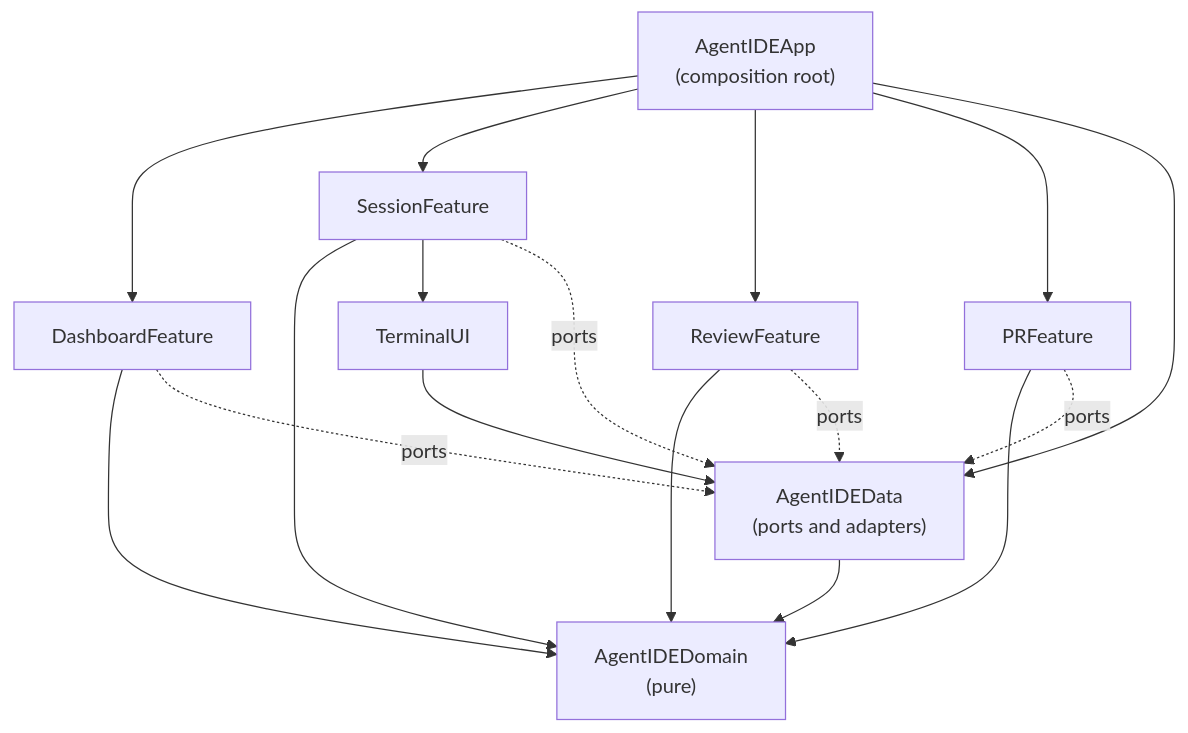
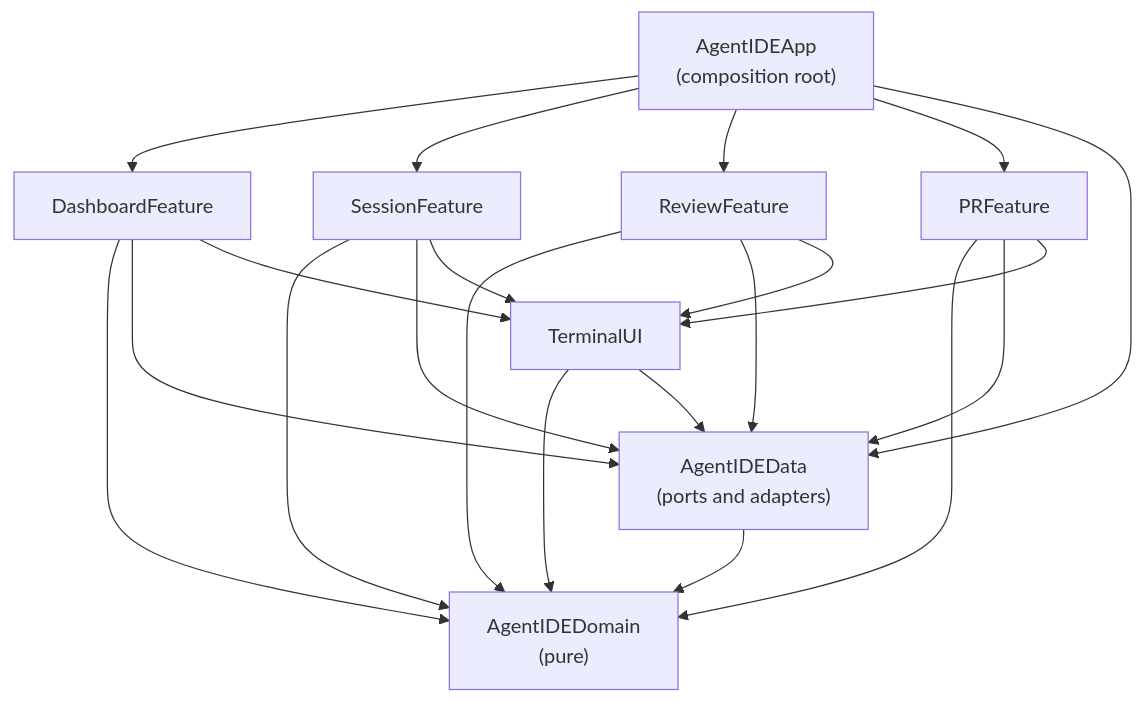
Before and after one commit to MikeMcQuaid/AgentIDE: the second of 2 diagrams in ARCHITECTURE.md, drawn with Mermaid. The commit also changed other lines of this file and 1 other file, not shown here.

````diff
--- a/ARCHITECTURE.md
+++ b/ARCHITECTURE.md
@@ -379,24 +384,16 @@
 ```mermaid
 flowchart TD
     App["AgentIDEApp<br/>(composition root)"]
     Dashboard["DashboardFeature"]
     Session["SessionFeature"]
     Review["ReviewFeature"]
     PR["PRFeature"]
     Terminal["TerminalUI"]
     Data["AgentIDEData<br/>(ports and adapters)"]
     Domain["AgentIDEDomain<br/>(pure)"]
 
     App --> Dashboard & Session & Review & PR & Data
-    Dashboard --> Domain
-    Session --> Domain
-    Review --> Domain
-    PR --> Domain
-    Session --> Terminal
-    Terminal --> Data
-    Dashboard -.->|ports| Data
-    Session -.->|ports| Data
-    Review -.->|ports| Data
-    PR -.->|ports| Data
+    Dashboard & Session & Review & PR --> Domain & Data & Terminal
+    Terminal --> Domain & Data
     Data --> Domain
 ```
````
